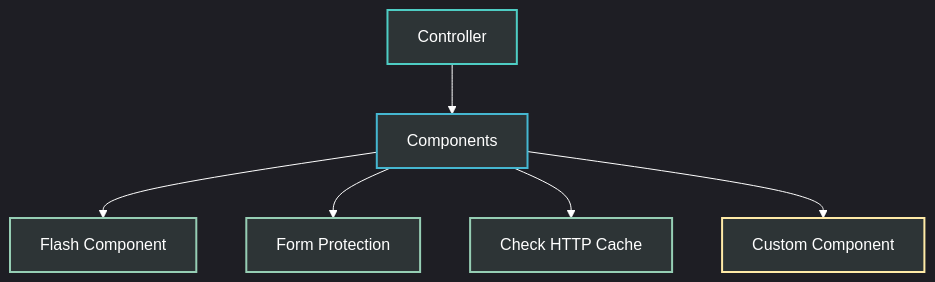
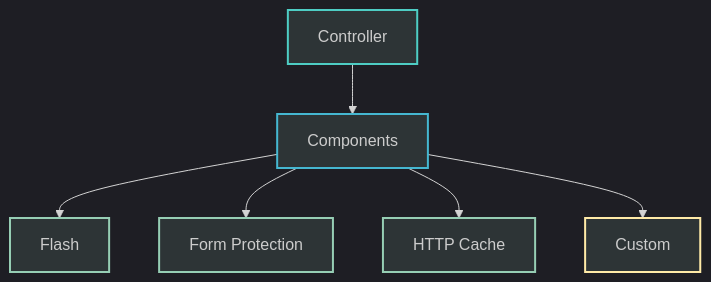
One commit to abhayraj-ops/Cake-Learn changed the first of 8 diagrams in docs/05-components.md. Above: the diagram before and after it, drawn with Mermaid. The commit also changed other lines of this file, not shown here.

Commit message:
Fix Mermaid diagrams - add quotes to special chars, remove color from styles

````diff
--- a/docs/05-components.md
+++ b/docs/05-components.md
@@ -34,16 +34,15 @@
 ```mermaid
-%%{init: {'theme': 'dark', 'themeVariables': { 'darkMode': true, 'primaryColor': '#4ecdc4', 'primaryTextColor': '#fff', 'primaryBorderColor': '#4ecdc4', 'lineColor': '#ffffff', 'secondaryColor': '#45b7d1', 'tertiaryColor': '#96ceb4'}}}%%
+%%{init:{'theme':'dark'}}%%
 graph TB
-    A[Controller] --> B[Components]
-    B --> C[Flash Component]
-    B --> D[Form Protection]
-    B --> E[Check HTTP Cache]
-    B --> F[Custom Component]
-    
-    style A fill:#2d3436,color:#fff,stroke:#4ecdc4,stroke-width:2px
-    style B fill:#2d3436,color:#fff,stroke:#45b7d1,stroke-width:2px
-    style C fill:#2d3436,color:#fff,stroke:#96ceb4,stroke-width:2px
-    style D fill:#2d3436,color:#fff,stroke:#96ceb4,stroke-width:2px
-    style E fill:#2d3436,color:#fff,stroke:#96ceb4,stroke-width:2px
-    style F fill:#2d3436,color:#fff,stroke:#ffeaa7,stroke-width:2px
+A["Controller"] --> B["Components"]
+B --> C["Flash"]
+B --> D["Form Protection"]
+B --> E["HTTP Cache"]
+B --> F["Custom"]
+style A fill:#2d3436,stroke:#4ecdc4,stroke-width:2px
+style B fill:#2d3436,stroke:#45b7d1,stroke-width:2px
+style C fill:#2d3436,stroke:#96ceb4,stroke-width:2px
+style D fill:#2d3436,stroke:#96ceb4,stroke-width:2px
+style E fill:#2d3436,stroke:#96ceb4,stroke-width:2px
+style F fill:#2d3436,stroke:#ffeaa7,stroke-width:2px
 ```
````
